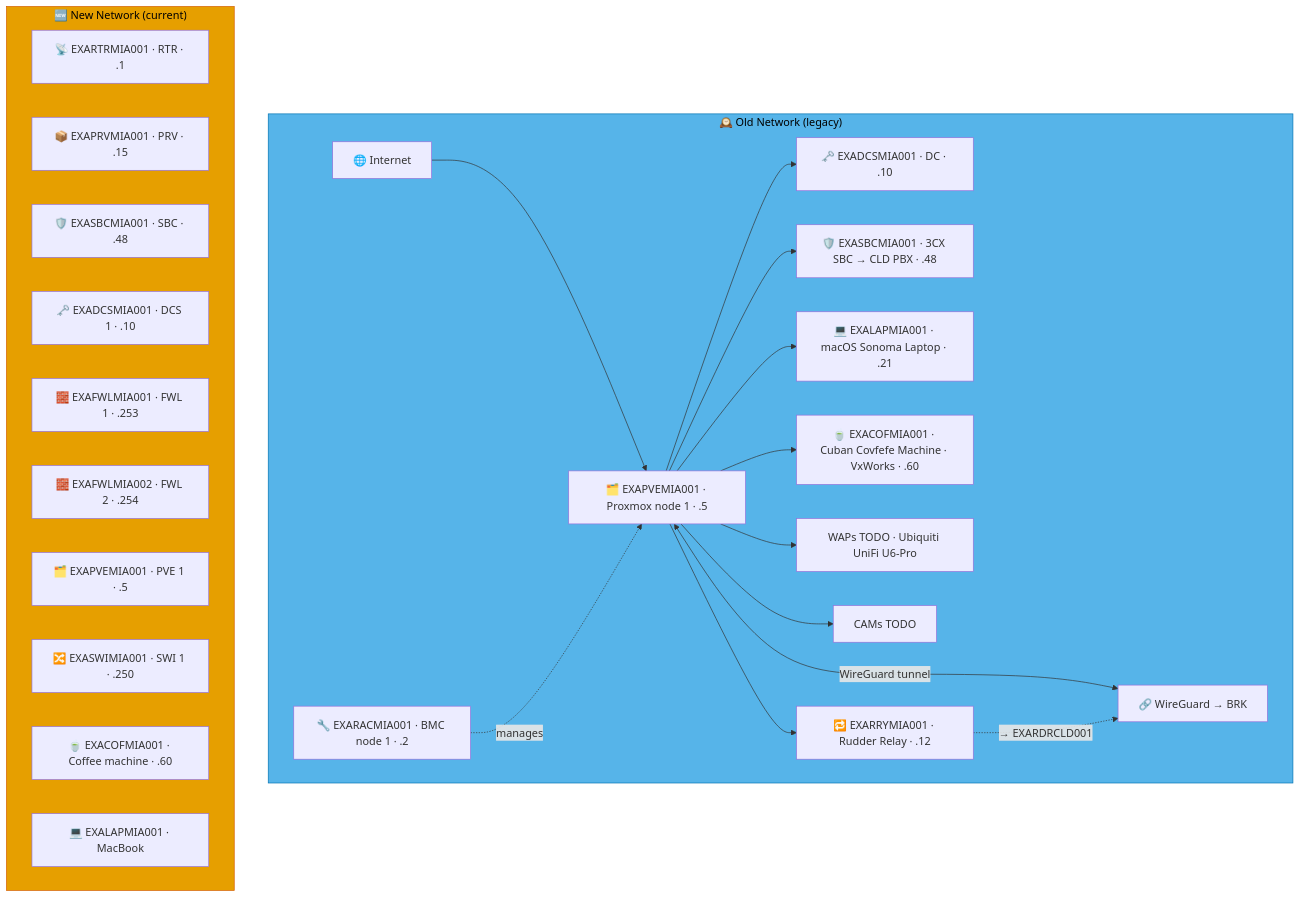
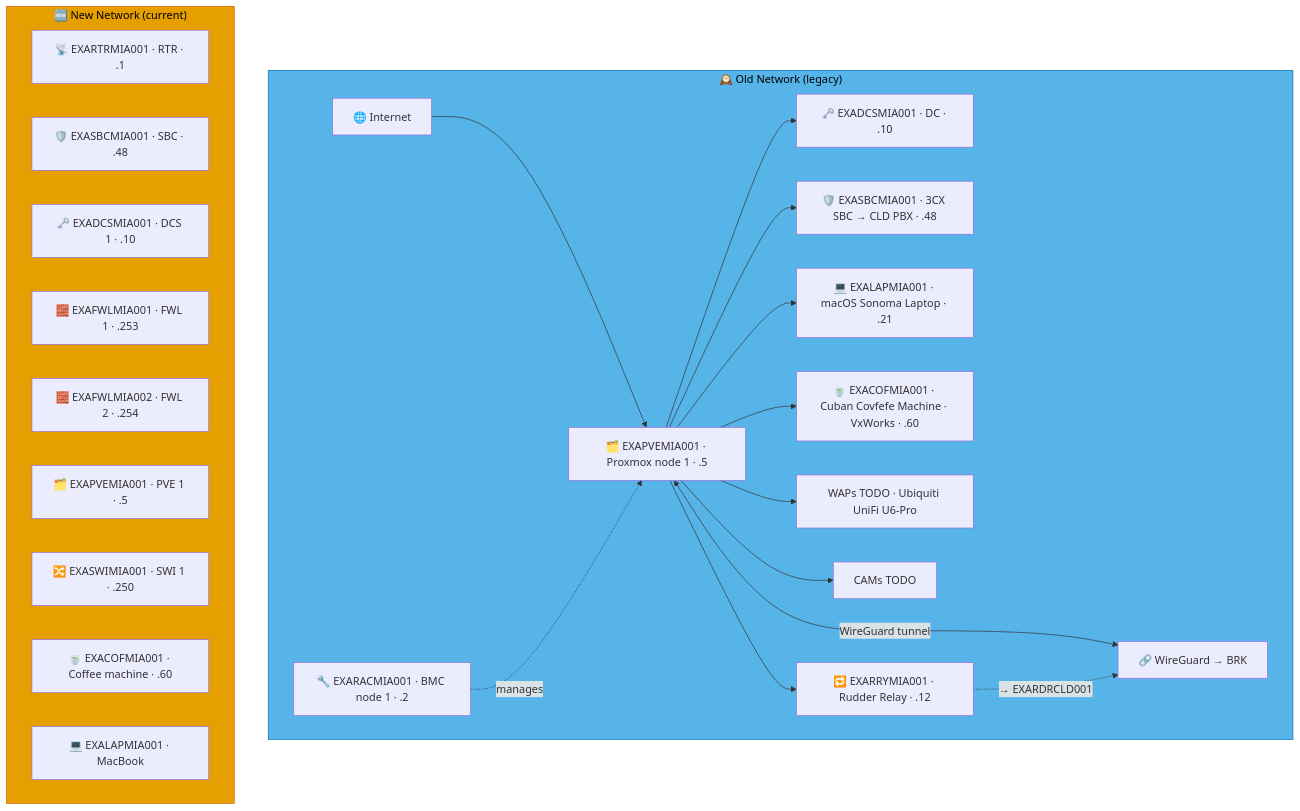
Before and after one commit to knightmare2600/example_music_infra: the fourth of 8 diagrams in docs/network-diagram/united-states.md, drawn with Mermaid. The commit also changed other lines of this file and 55 other files, not shown here.

````diff
--- a/docs/network-diagram/united-states.md
+++ b/docs/network-diagram/united-states.md
@@ -187,40 +184,39 @@
 ```mermaid
 graph TD
     subgraph OLD_MIA ["🕰️ Old Network (legacy)"]
       INET["🌐 Internet"]
       RAC["🔧 EXARACMIA001 · BMC node 1 · .2"]
       PVE["🗂️ EXAPVEMIA001 · Proxmox node 1 · .5"]
       DC["🗝️ EXADCSMIA001 · DC · .10"]
       SBC["🛡️ EXASBCMIA001 · 3CX SBC → CLD PBX · .48"]
       RRY["🔁 EXARRYMIA001 · Rudder Relay · .12"]
       LAP["💻 EXALAPMIA001 · macOS Sonoma Laptop · .21"]
       COF["🍵 EXACOFMIA001 · Cuban Covfefe Machine · VxWorks · .60"]
       WAP["WAPs TODO · Ubiquiti UniFi U6-Pro"]
       CAM["CAMs TODO"]
       VPN["🔗 WireGuard → BRK"]
 
       INET --> PVE --> DC & SBC
       RAC -.->|"manages"| PVE
       PVE --> LAP & COF & WAP & CAM
       PVE <-->|"WireGuard tunnel"| VPN
 
       PVE --> RRY
       RRY -. "→ EXARDRCLD001" .-> VPN
     end
     style OLD_MIA fill:#56B4E9,stroke:#0072B2,color:#000000
     %% GENERATED:NEW-NETWORK:MIA:START
     subgraph NEW_MIA ["🆕 New Network (current)"]
       N_RTR["📡 EXARTRMIA001 · RTR · .1"]
-      N_PRV["📦 EXAPRVMIA001 · PRV · .15"]
       N_SBC["🛡️ EXASBCMIA001 · SBC · .48"]
       N_DCS["🗝️ EXADCSMIA001 · DCS 1 · .10"]
       N_FWL["🧱 EXAFWLMIA001 · FWL 1 · .253"]
       N_FWL2["🧱 EXAFWLMIA002 · FWL 2 · .254"]
       N_PVE["🗂️ EXAPVEMIA001 · PVE 1 · .5"]
       N_SWI["🔀 EXASWIMIA001 · SWI 1 · .250"]
       N_COF["🍵 EXACOFMIA001 · Coffee machine · .60"]
       N_LAP["💻 EXALAPMIA001 · MacBook"]
     end
     style NEW_MIA fill:#E69F00,stroke:#D55E00,color:#000000
     %% GENERATED:NEW-NETWORK:MIA:END
 ```
````
